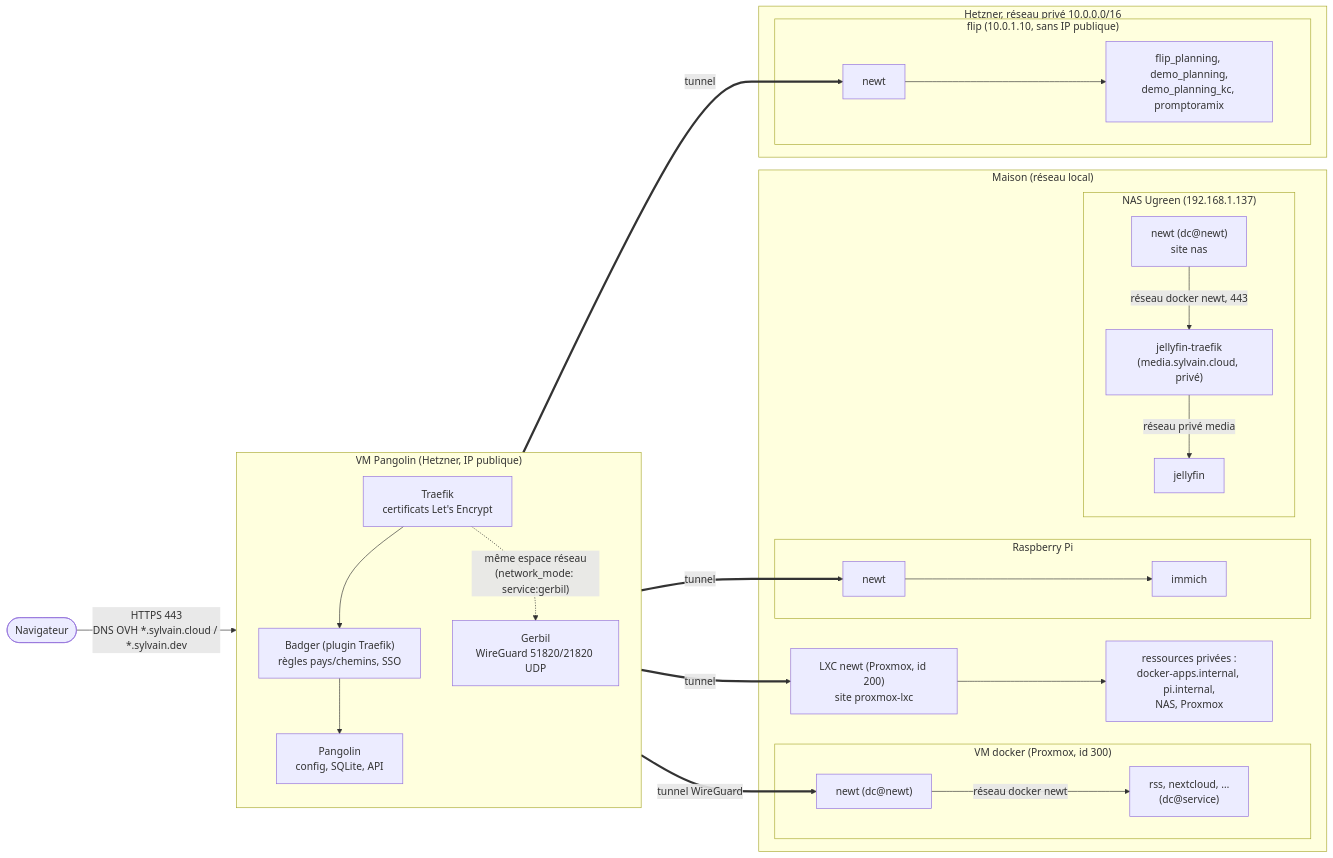
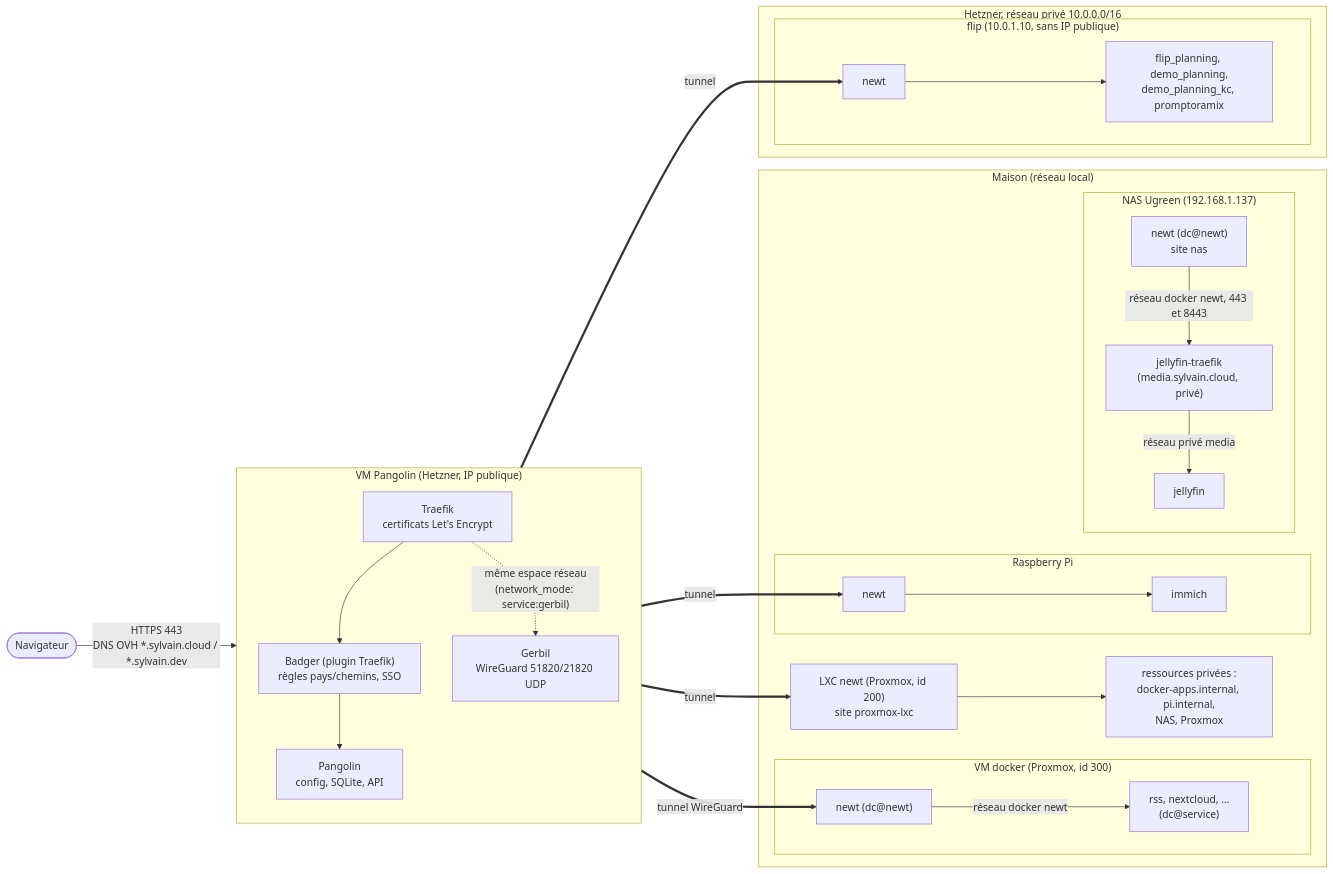
Before and after one commit to sylvainmetayer/homelab: the first of 4 diagrams in docs/architecture.md, drawn with Mermaid. The commit also changed other lines of this file and 11 other files, not shown here.

````diff
--- a/docs/architecture.md
+++ b/docs/architecture.md
@@ -9,39 +9,39 @@
 ```mermaid
 flowchart LR
   user([Navigateur]) -- "HTTPS 443<br/>DNS OVH *.sylvain.cloud / *.sylvain.dev" --> traefik
 
   subgraph pangolin_vm["VM Pangolin (Hetzner, IP publique)"]
     direction TB
     traefik["Traefik<br/>certificats Let's Encrypt"]
     badger["Badger (plugin Traefik)<br/>règles pays/chemins, SSO"]
     pangolin_app["Pangolin<br/>config, SQLite, API"]
     gerbil["Gerbil<br/>WireGuard 51820/21820 UDP"]
     traefik --> badger --> pangolin_app
     traefik -. "même espace réseau<br/>(network_mode: service:gerbil)" .-> gerbil
   end
 
   gerbil == "tunnel WireGuard" ==> newt_docker
   gerbil == tunnel ==> newt_pi
   gerbil == tunnel ==> newt_flip
   gerbil == tunnel ==> newt_lxc
 
   subgraph home["Maison (réseau local)"]
     subgraph docker_vm["VM docker (Proxmox, id 300)"]
       newt_docker["newt (dc@newt)"] -- "réseau docker newt" --> app1["rss, nextcloud, …<br/>(dc@service)"]
     end
     subgraph pi["Raspberry Pi"]
       newt_pi[newt] --> immich[immich]
     end
     newt_lxc["LXC newt (Proxmox, id 200)<br/>site proxmox-lxc"] --> lan["ressources privées :<br/>docker-apps.internal, pi.internal,<br/>NAS, Proxmox"]
     subgraph nas["NAS Ugreen (192.168.1.137)"]
-      newt_nas["newt (dc@newt)<br/>site nas"] -- "réseau docker newt, 443" --> traefik_nas["jellyfin-traefik<br/>(media.sylvain.cloud, privé)"]
+      newt_nas["newt (dc@newt)<br/>site nas"] -- "réseau docker newt, 443 et 8443" --> traefik_nas["jellyfin-traefik<br/>(media.sylvain.cloud, privé)"]
       traefik_nas -- "réseau privé media" --> jellyfin[jellyfin]
     end
   end
 
   subgraph hetzner_priv["Hetzner, réseau privé 10.0.0.0/16"]
     subgraph flip["flip (10.0.1.10, sans IP publique)"]
       newt_flip[newt] --> fp["flip_planning, demo_planning,<br/>demo_planning_kc, promptoramix"]
     end
   end
 ```
````
